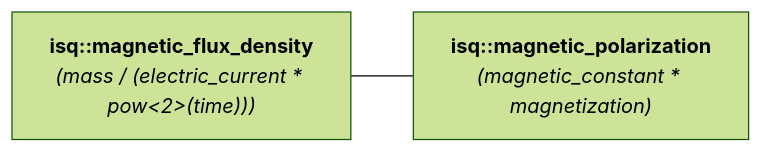
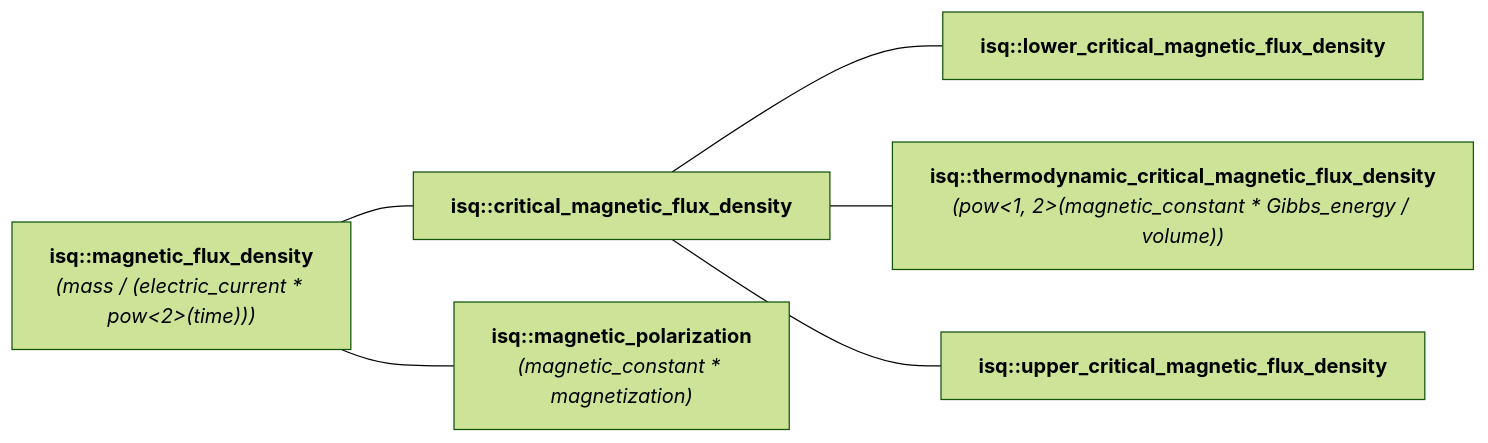
One commit to mpusz/mp-units changed the diagram in docs/reference/systems_reference/hierarchies/magnetic_flux_density.md. Above: the diagram before and after it, drawn with Mermaid (forest theme). The commit also changed 30 other files, not shown here.

````diff
--- a/docs/reference/systems_reference/hierarchies/magnetic_flux_density.md
+++ b/docs/reference/systems_reference/hierarchies/magnetic_flux_density.md
@@ -8,6 +8,14 @@
 ```mermaid
 flowchart LR
     isq_magnetic_flux_density["<b><a href="../../systems/isq/#magnetic_flux_density" style="color: var(--md-mermaid-label-fg-color); text-decoration: none;">isq::magnetic_flux_density</a></b><br><i>(<a href="../../systems/isq/#mass" style="color: var(--md-mermaid-label-fg-color); text-decoration: none;">mass</a> / (<a href="../../systems/isq/#electric_current" style="color: var(--md-mermaid-label-fg-color); text-decoration: none;">electric_current</a> * pow<2>(<a href="../../systems/isq/#time" style="color: var(--md-mermaid-label-fg-color); text-decoration: none;">time</a>)))</i>"]
+    isq_critical_magnetic_flux_density["<b><a href="../../systems/isq/#critical_magnetic_flux_density" style="color: var(--md-mermaid-label-fg-color); text-decoration: none;">isq::critical_magnetic_flux_density</a></b>"]
+    isq_magnetic_flux_density --- isq_critical_magnetic_flux_density
+    isq_lower_critical_magnetic_flux_density["<b><a href="../../systems/isq/#lower_critical_magnetic_flux_density" style="color: var(--md-mermaid-label-fg-color); text-decoration: none;">isq::lower_critical_magnetic_flux_density</a></b>"]
+    isq_critical_magnetic_flux_density --- isq_lower_critical_magnetic_flux_density
+    isq_thermodynamic_critical_magnetic_flux_density["<b><a href="../../systems/isq/#thermodynamic_critical_magnetic_flux_density" style="color: var(--md-mermaid-label-fg-color); text-decoration: none;">isq::thermodynamic_critical_magnetic_flux_density</a></b><br><i>(pow<1, 2>(<a href="../../systems/isq/#magnetic_constant" style="color: var(--md-mermaid-label-fg-color); text-decoration: none;">magnetic_constant</a> * <a href="../../systems/isq/#Gibbs_energy" style="color: var(--md-mermaid-label-fg-color); text-decoration: none;">Gibbs_energy</a> / <a href="../../systems/isq/#volume" style="color: var(--md-mermaid-label-fg-color); text-decoration: none;">volume</a>))</i>"]
+    isq_critical_magnetic_flux_density --- isq_thermodynamic_critical_magnetic_flux_density
+    isq_upper_critical_magnetic_flux_density["<b><a href="../../systems/isq/#upper_critical_magnetic_flux_density" style="color: var(--md-mermaid-label-fg-color); text-decoration: none;">isq::upper_critical_magnetic_flux_density</a></b>"]
+    isq_critical_magnetic_flux_density --- isq_upper_critical_magnetic_flux_density
     isq_magnetic_polarization["<b><a href="../../systems/isq/#magnetic_polarization" style="color: var(--md-mermaid-label-fg-color); text-decoration: none;">isq::magnetic_polarization</a></b><br><i>(<a href="../../systems/isq/#magnetic_constant" style="color: var(--md-mermaid-label-fg-color); text-decoration: none;">magnetic_constant</a> * <a href="../../systems/isq/#magnetization" style="color: var(--md-mermaid-label-fg-color); text-decoration: none;">magnetization</a>)</i>"]
     isq_magnetic_flux_density --- isq_magnetic_polarization
 ```
````
